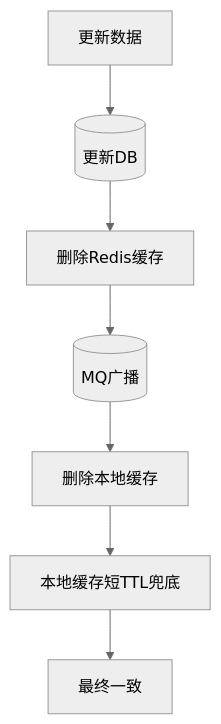
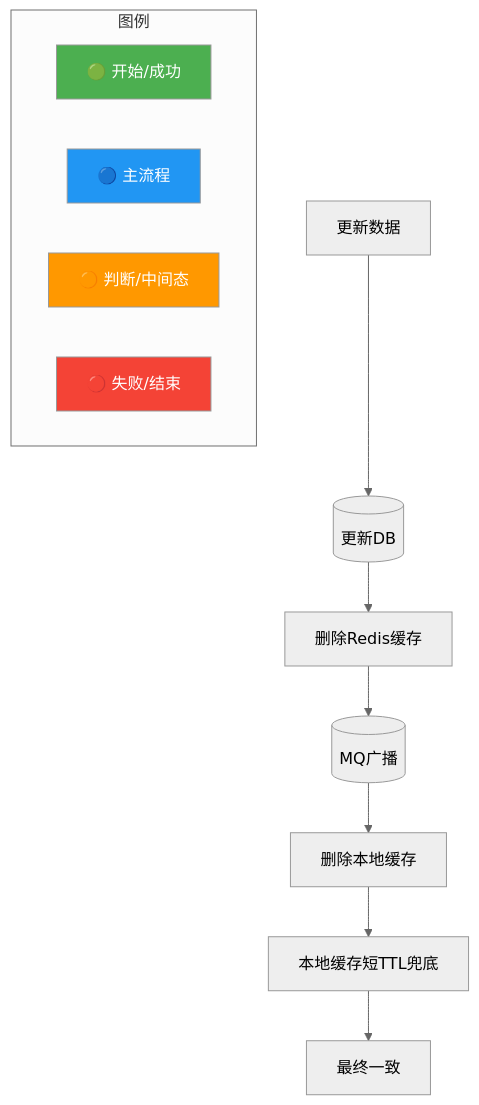
The diagram in questions/middleware/tr4-010.md (SunArthur86/interview-2026), drawn with Mermaid (neutral theme) before and after one commit. The commit also changed other lines of this file and 3180 other files, not shown here.

First line of the commit message:
Mermaid颜色增强99% + 面试频率分类(高频1571/中频1115/低频461)

````diff
--- a/questions/middleware/tr4-010.md
+++ b/questions/middleware/tr4-010.md
@@ -80,9 +81,28 @@
 ```mermaid
 flowchart TD
+    classDef start fill:#4CAF50,color:#fff
+    classDef process fill:#2196F3,color:#fff
+    classDef decision fill:#FF9800,color:#fff
+    classDef special fill:#9C27B0,color:#fff
+    classDef error fill:#f44336,color:#fff
+    classDef info fill:#607D8B,color:#fff
+    class Consistency start
+    class DB process
+    class DelLocal decision
+    class DelRedis special
+    class MQ error
+    class TTL info
+    class Update start
     Update[更新数据] --> DB[(更新DB)]
     DB --> DelRedis[删除Redis缓存]
     DelRedis --> MQ[(MQ广播)]
     MQ --> DelLocal[删除本地缓存]
     DelLocal --> TTL[本地缓存短TTL兜底]
     TTL --> Consistency[最终一致]
+    subgraph Legend["图例"]
+        L1["🟢 开始/成功"]:::start
+        L2["🔵 主流程"]:::process
+        L3["🟠 判断/中间态"]:::decision
+        L4["🔴 失败/结束"]:::error
+    end
 ```
````
